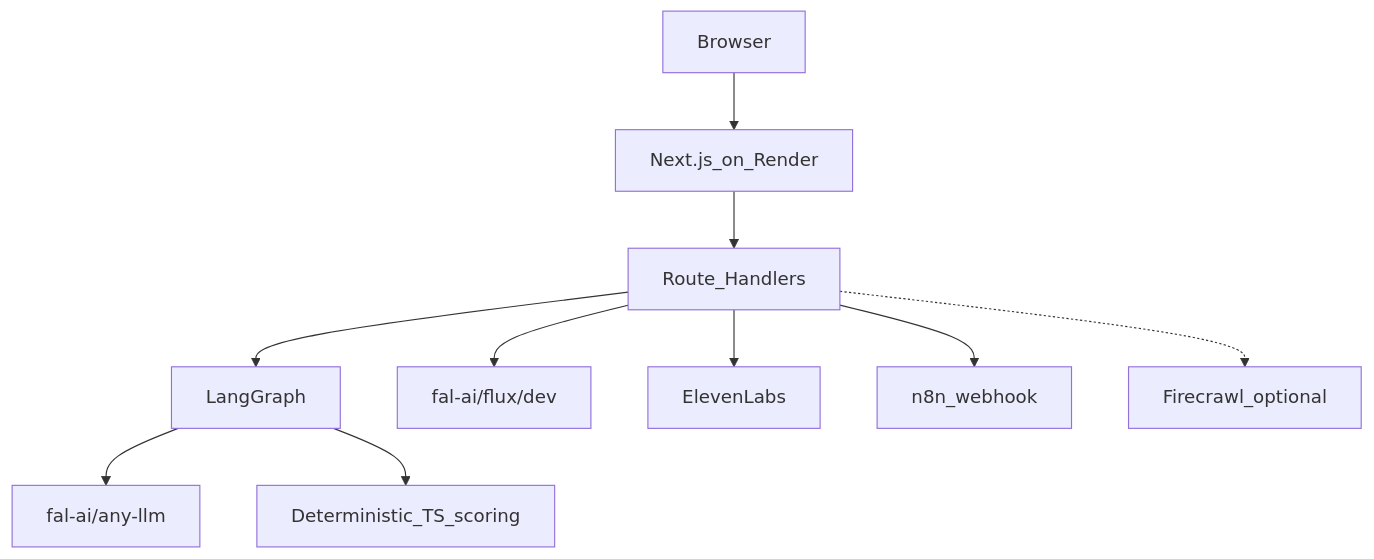
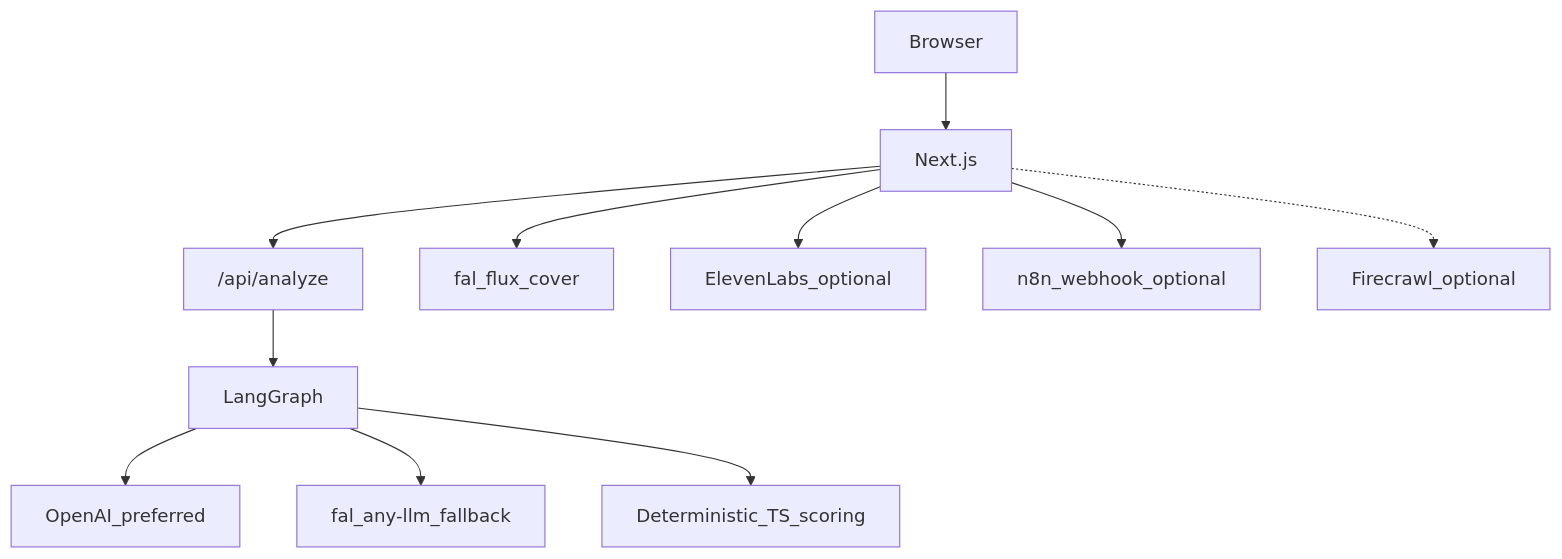
One commit to harshjoshi23/Thunder changed the diagram in README.md. Above: the diagram before and after it, drawn with Mermaid. The commit also changed other lines of this file and 62 other files, not shown here.

````diff
--- a/README.md
+++ b/README.md
@@ -86,12 +78,13 @@
 ```mermaid
 flowchart TB
-  Browser --> Next[Next.js_on_Render]
-  Next --> RH[Route_Handlers]
-  RH --> LG[LangGraph]
-  LG --> FalLM[fal-ai/any-llm]
+  Browser --> Next[Next.js]
+  Next --> Analyze["/api/analyze"]
+  Analyze --> LG[LangGraph]
+  LG --> OpenAI[OpenAI_preferred]
+  LG --> FalLM[fal_any-llm_fallback]
   LG --> Score[Deterministic_TS_scoring]
-  RH --> FalImg[fal-ai/flux/dev]
-  RH --> Eleven[ElevenLabs]
-  RH --> N8N[n8n_webhook]
-  RH -.-> Firecrawl[Firecrawl_optional]
+  Next --> FalImg[fal_flux_cover]
+  Next --> Eleven[ElevenLabs_optional]
+  Next --> N8N[n8n_webhook_optional]
+  Next -.-> Firecrawl[Firecrawl_optional]
 ```
````
